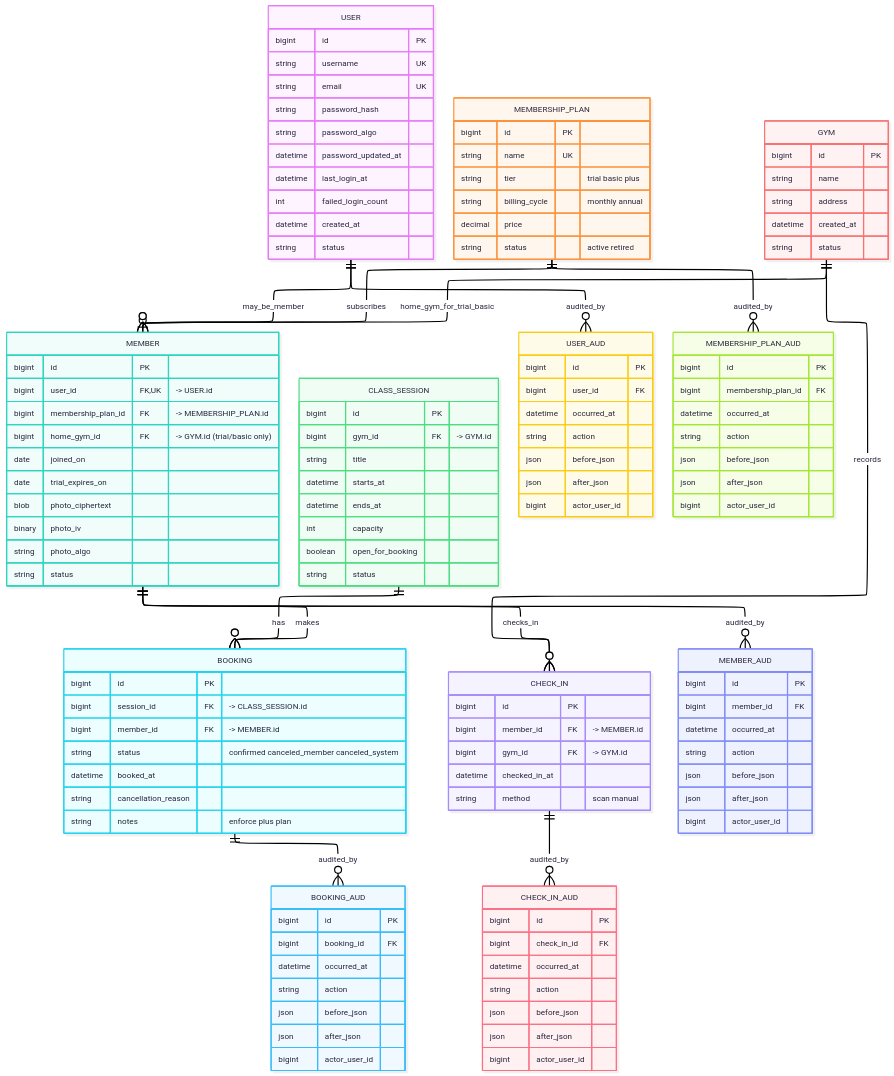
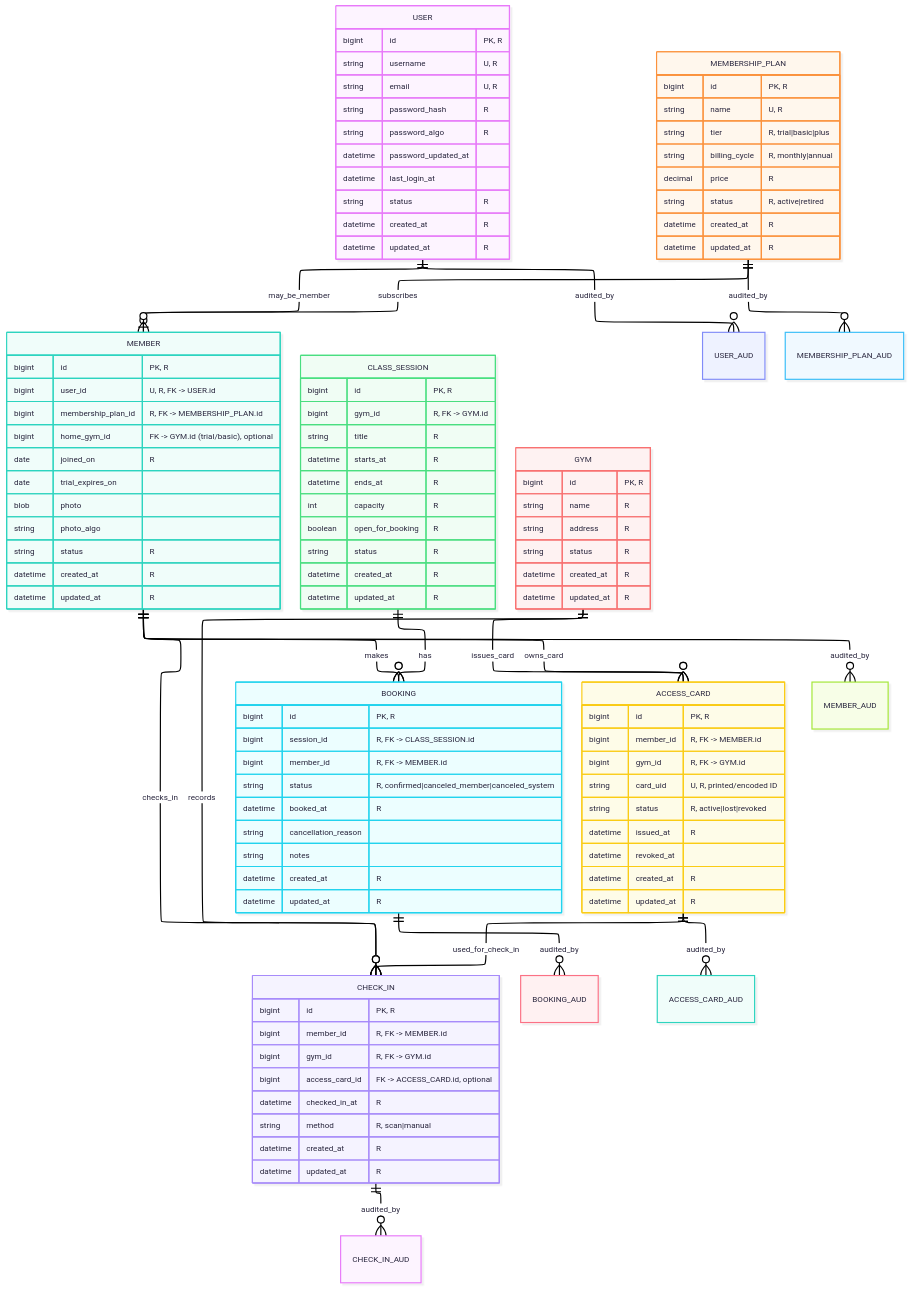
One commit to jic48-rutgers/FitDB changed the fifth of 7 diagrams in docs/ERDs.md. Above: the diagram before and after it, drawn with Mermaid. The commit also changed other lines of this file, not shown here.

Commit message:
overhauled ERDs.md, just missing triggers and how audits work exactly

````diff
--- a/docs/ERDs.md
+++ b/docs/ERDs.md
@@ -320,7 +408,7 @@
     nodePlacementStrategy: LINEAR_SEGMENTS
 ---
 erDiagram
-    %% members, plans, bookings, and check-ins (+ audits)
+    %% Members, plans, bookings, and check-ins
 
     %% relationships
     USER ||--o| MEMBER : may_be_member
@@ -329,86 +417,104 @@
     CLASS_SESSION ||--o{ BOOKING : has
     MEMBER ||--o{ CHECK_IN : checks_in
     GYM ||--o{ CHECK_IN : records
-    GYM ||--o{ MEMBER : home_gym_for_trial_basic
+    MEMBER ||--o{ ACCESS_CARD : owns_card
+    GYM ||--o{ ACCESS_CARD : issues_card
+    ACCESS_CARD ||--o{ CHECK_IN : used_for_check_in
 
-    %% audits
+    %% Audits
     USER ||--o{ USER_AUD : audited_by
     MEMBER ||--o{ MEMBER_AUD : audited_by
     MEMBERSHIP_PLAN ||--o{ MEMBERSHIP_PLAN_AUD : audited_by
     BOOKING ||--o{ BOOKING_AUD : audited_by
     CHECK_IN ||--o{ CHECK_IN_AUD : audited_by
+    ACCESS_CARD ||--o{ ACCESS_CARD_AUD : audited_by
 
-    %% entities
+    %% Entities
     USER {
-        bigint id PK
-        string username UK
-        string email UK
-        string password_hash
-        string password_algo
-        datetime password_updated_at
-        datetime last_login_at
-        int failed_login_count
-        datetime created_at
-        string status
+        bigint id "PK, R"
+        string username "U, R"
+        string email "U, R"
+        string password_hash "R"
+        string password_algo "R"
+        datetime password_updated_at ""
+        datetime last_login_at ""
+        string status "R"
+        datetime created_at "R"
+        datetime updated_at "R"
     }
     MEMBERSHIP_PLAN {
-        bigint id PK
-        string name UK
-        string tier "trial basic plus"
-        string billing_cycle "monthly annual"
-        decimal price
-        string status "active retired"
+        bigint id "PK, R"
+        string name "U, R"
+        string tier "R, trial|basic|plus"
+        string billing_cycle "R, monthly|annual"
+        decimal price "R"
+        string status "R, active|retired"
+        datetime created_at "R"
+        datetime updated_at "R"
     }
     MEMBER {
-        bigint id PK
-        bigint user_id FK, UK "-> USER.id"
-        bigint membership_plan_id FK "-> MEMBERSHIP_PLAN.id"
-        bigint home_gym_id FK "-> GYM.id (trial/basic only)"
-        date joined_on
-        date trial_expires_on
-        blob photo_ciphertext
-        binary photo_iv
-        string photo_algo
-        string status
+        bigint id "PK, R"
+        bigint user_id "U, R, FK -> USER.id"
+        bigint membership_plan_id "R, FK -> MEMBERSHIP_PLAN.id"
+        bigint home_gym_id "FK -> GYM.id (trial/basic), optional"
+        date joined_on "R"
+        date trial_expires_on ""
+        blob photo
+        string photo_algo ""
+        string status "R"
+        datetime created_at "R"
+        datetime updated_at "R"
     }
     CLASS_SESSION {
-        bigint id PK
-        bigint gym_id FK "-> GYM.id"
-        string title
-        datetime starts_at
-        datetime ends_at
-        int capacity
-        boolean open_for_booking
-        string status
+        bigint id "PK, R"
+        bigint gym_id "R, FK -> GYM.id"
+        string title "R"
+        datetime starts_at "R"
+        datetime ends_at "R"
+        int capacity "R"
+        boolean open_for_booking "R"
+        string status "R"
+        datetime created_at "R"
+        datetime updated_at "R"
     }
     BOOKING {
-        bigint id PK
-        bigint session_id FK "-> CLASS_SESSION.id"
-        bigint member_id FK "-> MEMBER.id"
-        string status "confirmed canceled_member canceled_system"
-        datetime booked_at
-        string cancellation_reason
-        string notes "enforce plus plan"
+        bigint id "PK, R"
+        bigint session_id "R, FK -> CLASS_SESSION.id"
+        bigint member_id "R, FK -> MEMBER.id"
+        string status "R, confirmed|canceled_member|canceled_system"
+        datetime booked_at "R"
+        string cancellation_reason ""
+        string notes ""
+        datetime created_at "R"
+        datetime updated_at "R"
     }
     CHECK_IN {
-        bigint id PK
-        bigint member_id FK "-> MEMBER.id"
-        bigint gym_id FK "-> GYM.id"
-        datetime checked_in_at
-        string method "scan manual"
+        bigint id "PK, R"
+        bigint member_id "R, FK -> MEMBER.id"
+        bigint gym_id "R, FK -> GYM.id"
+        bigint access_card_id "FK -> ACCESS_CARD.id, optional"
+        datetime checked_in_at "R"
+        string method "R, scan|manual"
+        datetime created_at "R"
+        datetime updated_at "R"
+    }
+    ACCESS_CARD {
+        bigint id "PK, R"
+        bigint member_id "R, FK -> MEMBER.id"
+        bigint gym_id "R, FK -> GYM.id"
+        string card_uid "U, R, printed/encoded ID"
+        string status "R, active|lost|revoked"
+        datetime issued_at "R"
+        datetime revoked_at ""
+        datetime created_at "R"
+        datetime updated_at "R"
     }
     GYM {
-        bigint id PK
-        string name
-        string address
-        datetime created_at
-        string status
+        bigint id "PK, R"
+        string name "R"
+        string address "R"
+        string status "R"
+        datetime created_at "R"
+        datetime updated_at "R"
     }
-
-    %% audit tables
-    USER_AUD { bigint id PK  bigint user_id FK  datetime occurred_at  string action  json before_json  json after_json  bigint actor_user_id }
-    MEMBER_AUD { bigint id PK  bigint member_id FK  datetime occurred_at  string action  json before_json  json after_json  bigint actor_user_id }
-    MEMBERSHIP_PLAN_AUD { bigint id PK  bigint membership_plan_id FK  datetime occurred_at  string action  json before_json  json after_json  bigint actor_user_id }
-    BOOKING_AUD { bigint id PK  bigint booking_id FK  datetime occurred_at  string action  json before_json  json after_json  bigint actor_user_id }
-    CHECK_IN_AUD { bigint id PK  bigint check_in_id FK  datetime occurred_at  string action  json before_json  json after_json  bigint actor_user_id }
 ```
````
